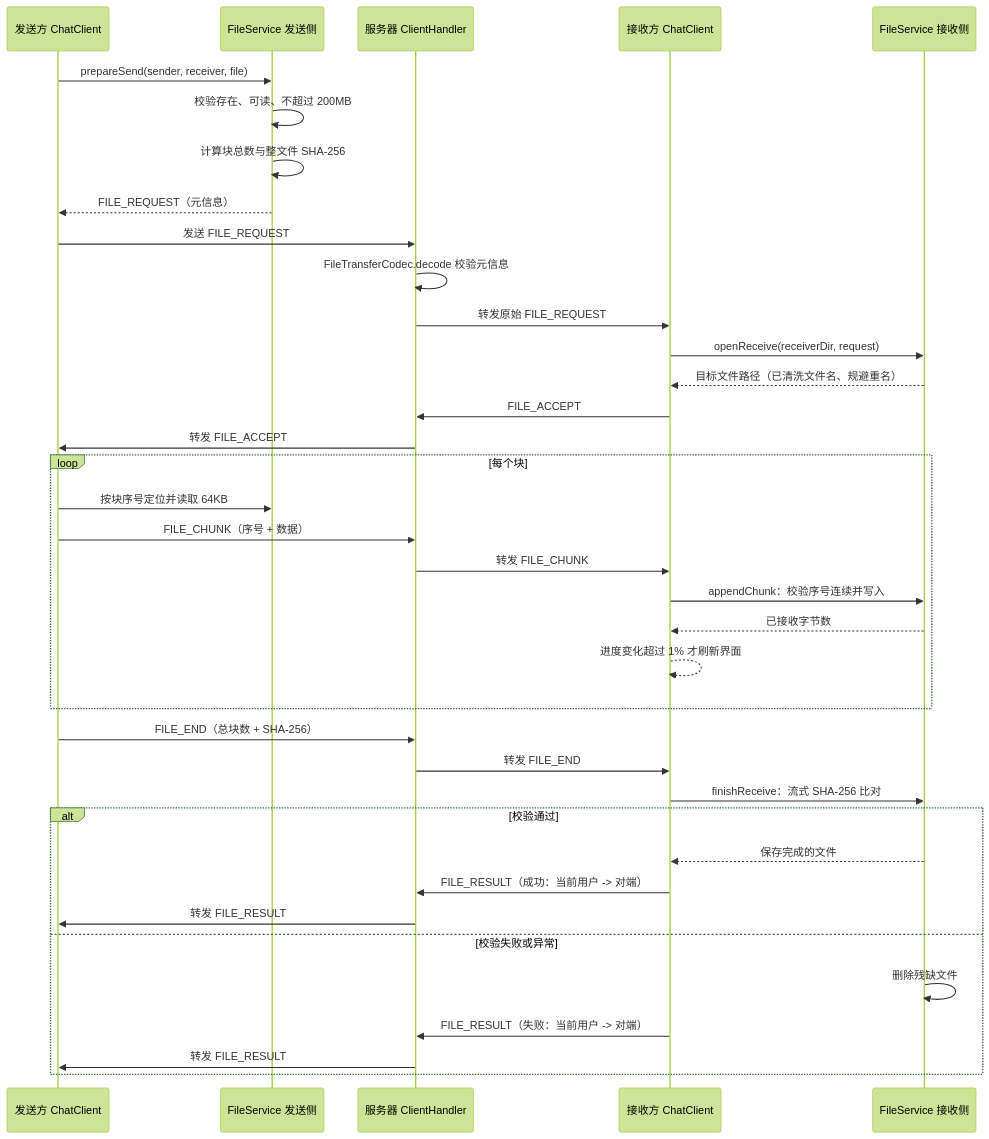
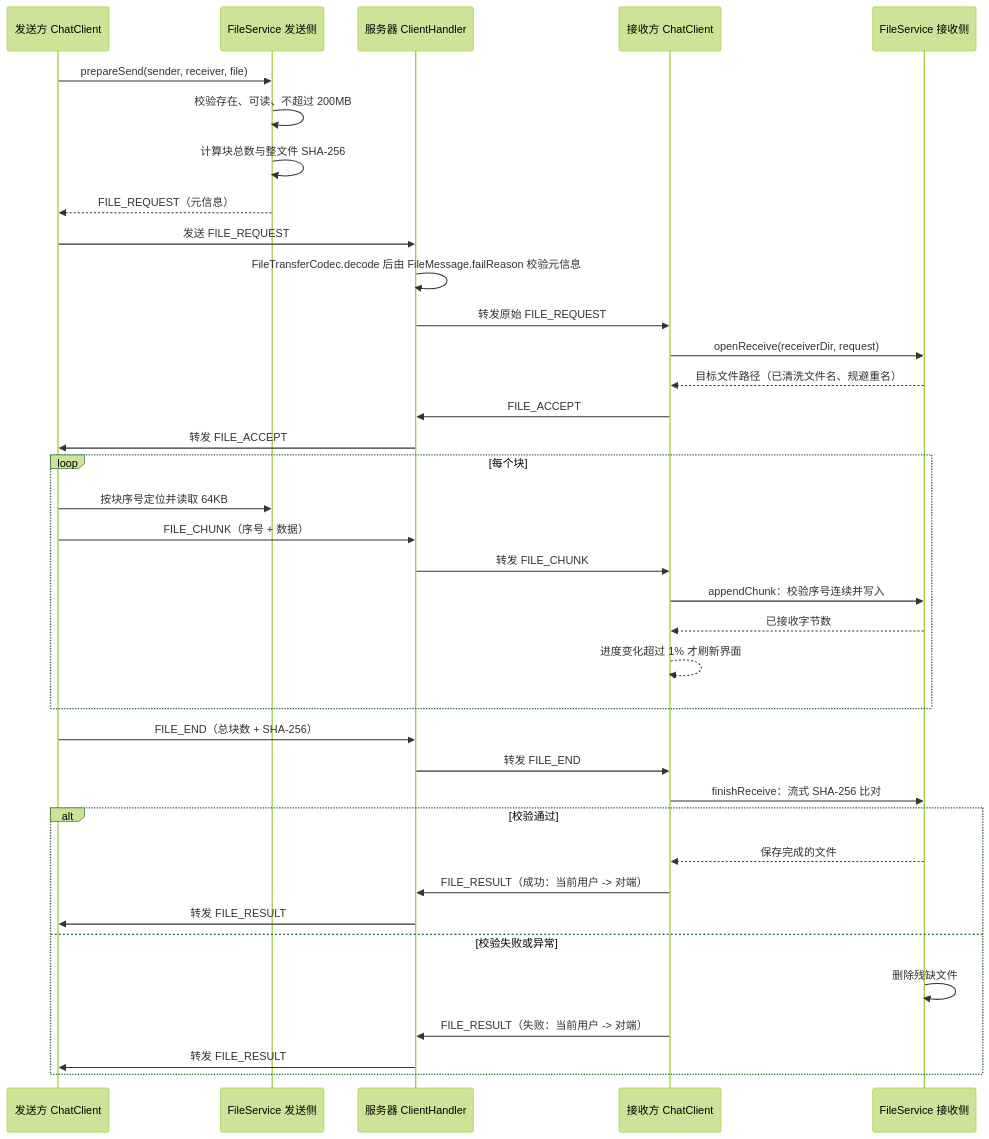
Before and after one commit to FeiTwnd/lanchat: the seventh of 11 diagrams in docs/design/04-实现说明.md, drawn with Mermaid (forest theme). The commit also changed other lines of this file and 9 other files, not shown here.

````diff
--- a/docs/design/04-实现说明.md
+++ b/docs/design/04-实现说明.md
@@ -653,40 +768,40 @@
 ```mermaid
 sequenceDiagram
     participant A as 发送方 ChatClient
     participant FS as FileService 发送侧
     participant S as 服务器 ClientHandler
     participant B as 接收方 ChatClient
     participant FR as FileService 接收侧
 
     A->>FS: prepareSend(sender, receiver, file)
     FS->>FS: 校验存在、可读、不超过 200MB
     FS->>FS: 计算块总数与整文件 SHA-256
     FS-->>A: FILE_REQUEST（元信息）
     A->>S: 发送 FILE_REQUEST
-    S->>S: FileTransferCodec.decode 校验元信息
+    S->>S: FileTransferCodec.decode 后由 FileMessage.failReason 校验元信息
     S->>B: 转发原始 FILE_REQUEST
     B->>FR: openReceive(receiverDir, request)
     FR-->>B: 目标文件路径（已清洗文件名、规避重名）
     B->>S: FILE_ACCEPT
     S->>A: 转发 FILE_ACCEPT
     loop 每个块
         A->>FS: 按块序号定位并读取 64KB
         A->>S: FILE_CHUNK（序号 + 数据）
         S->>B: 转发 FILE_CHUNK
         B->>FR: appendChunk：校验序号连续并写入
         FR-->>B: 已接收字节数
         B-->>B: 进度变化超过 1% 才刷新界面
     end
     A->>S: FILE_END（总块数 + SHA-256）
     S->>B: 转发 FILE_END
     B->>FR: finishReceive：流式 SHA-256 比对
     alt 校验通过
         FR-->>B: 保存完成的文件
         B->>S: FILE_RESULT（成功：当前用户 -> 对端）
         S->>A: 转发 FILE_RESULT
     else 校验失败或异常
         FR->>FR: 删除残缺文件
         B->>S: FILE_RESULT（失败：当前用户 -> 对端）
         S->>A: 转发 FILE_RESULT
     end
 ```
````
